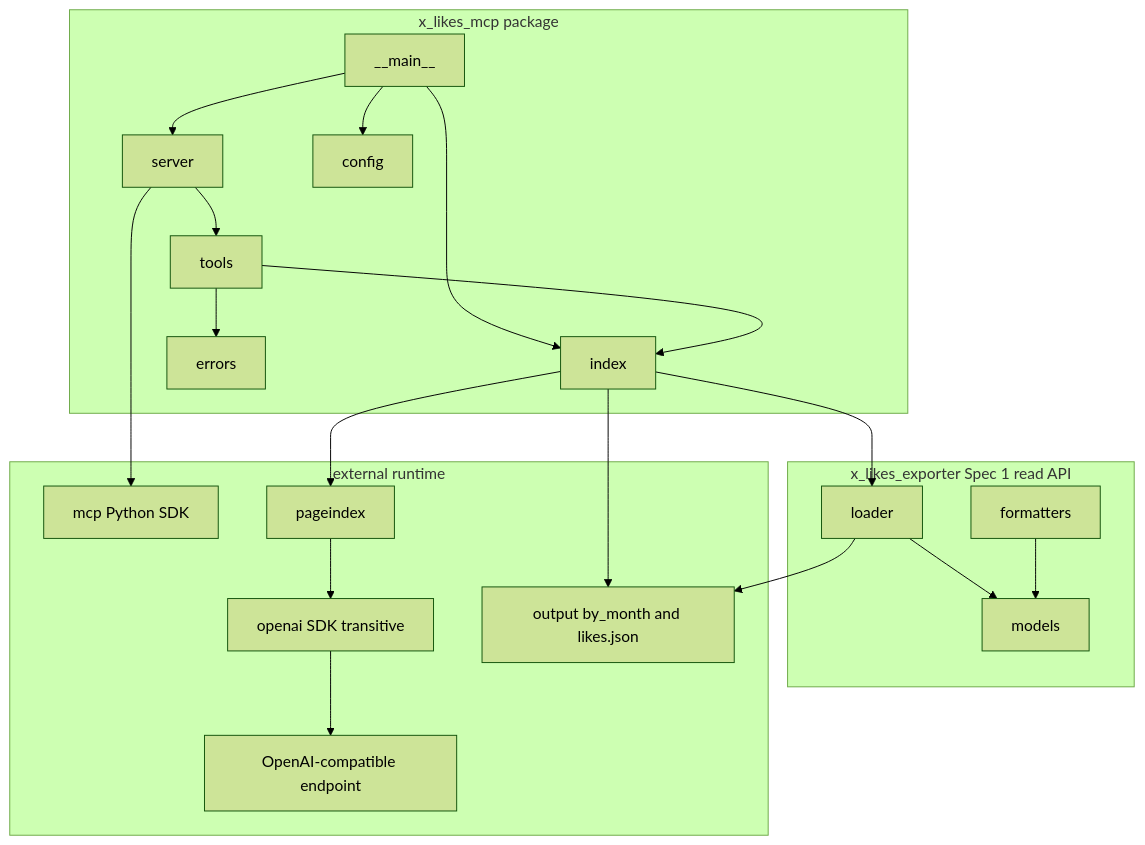
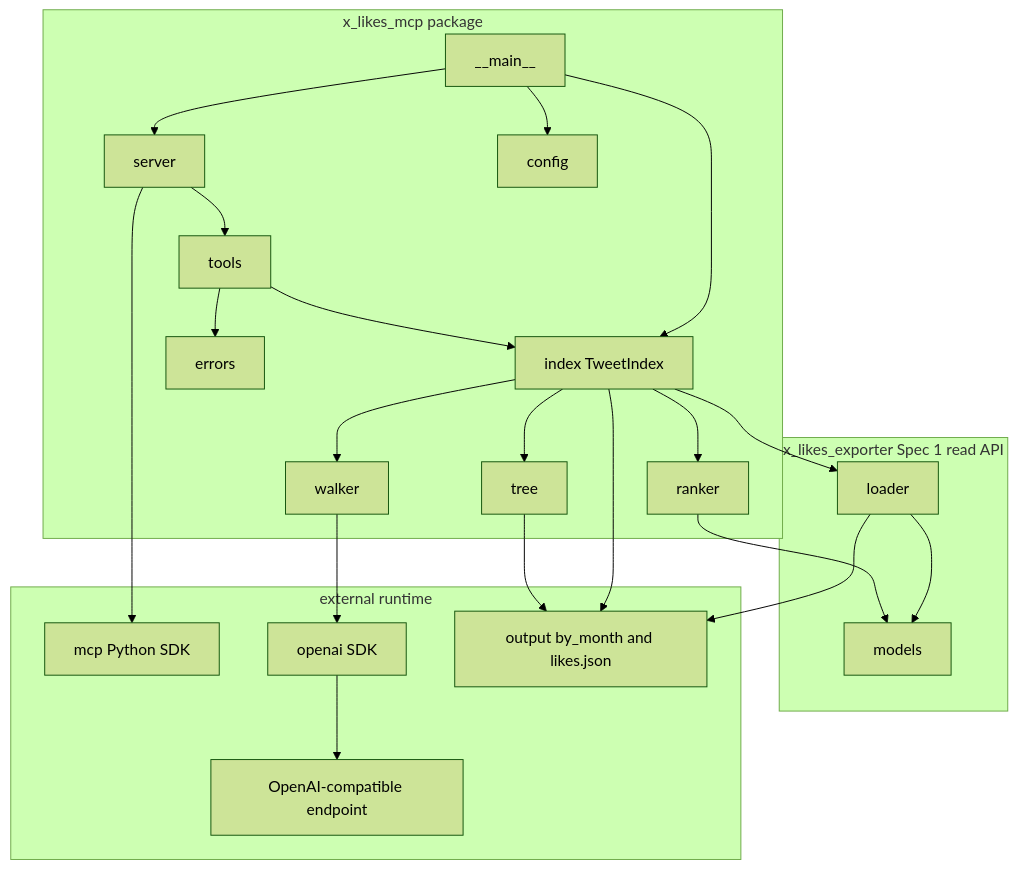
Before and after one commit to norandom/x_likes_scraper: the first of 3 diagrams in .kiro/specs/mcp-pageindex/design.md, drawn with Mermaid (forest theme). The commit also changed other lines of this file and 5 other files, not shown here.

First line of the commit message:
docs(mcp-pageindex): drop PageIndex; realign to own TweetIndex with tree/walker/ranker

````diff
--- a/.kiro/specs/mcp-pageindex/design.md
+++ b/.kiro/specs/mcp-pageindex/design.md
@@ -100,39 +106,43 @@
 ```mermaid
 graph TB
     subgraph mcp_server[x_likes_mcp package]
         Main[__main__]
         Server[server]
         Tools[tools]
-        Index[index]
+        Index[index TweetIndex]
+        Tree[tree]
+        Walker[walker]
+        Ranker[ranker]
         Config[config]
         Errors[errors]
     end
     subgraph upstream[x_likes_exporter Spec 1 read API]
         Loader[loader]
         Models[models]
-        Formatters[formatters]
     end
     subgraph external[external runtime]
         MCP_SDK[mcp Python SDK]
-        PageIndex_lib[pageindex]
-        OpenAI_SDK[openai SDK transitive]
+        OpenAI_SDK[openai SDK]
         LLM[OpenAI-compatible endpoint]
         Output[output by_month and likes.json]
     end
 
     Main --> Server
     Main --> Config
     Main --> Index
     Server --> Tools
     Server --> MCP_SDK
     Tools --> Index
     Tools --> Errors
-    Index --> PageIndex_lib
+    Index --> Tree
+    Index --> Walker
+    Index --> Ranker
     Index --> Loader
     Index --> Output
-    PageIndex_lib --> OpenAI_SDK
+    Tree --> Output
+    Walker --> OpenAI_SDK
     OpenAI_SDK --> LLM
     Loader --> Output
     Loader --> Models
-    Formatters --> Models
+    Ranker --> Models
 ```
````
